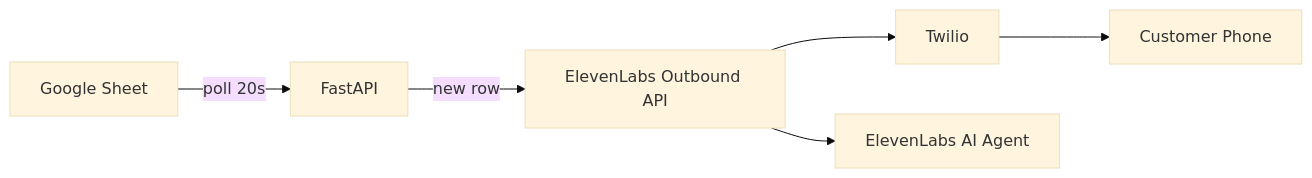
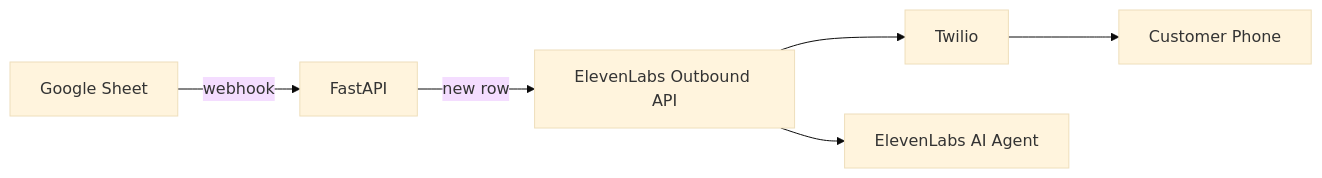
The diagram in README.md (AbhinavGupta1804/Lumienergy_freelance), drawn with Mermaid (base theme) before and after one commit. The commit also changed other lines of this file and 31 other files, not shown here.

````diff
--- a/README.md
+++ b/README.md
@@ -19,8 +19,8 @@
 ```mermaid
 flowchart LR
-  GS[Google Sheet] -->|poll 20s| API[FastAPI]
+  GS[Google Sheet] -->|webhook| API[FastAPI]
   API -->|new row| EL[ElevenLabs Outbound API]
   EL --> TW[Twilio]
   TW --> Phone[Customer Phone]
   EL --> Agent[ElevenLabs AI Agent]
 ```
````
